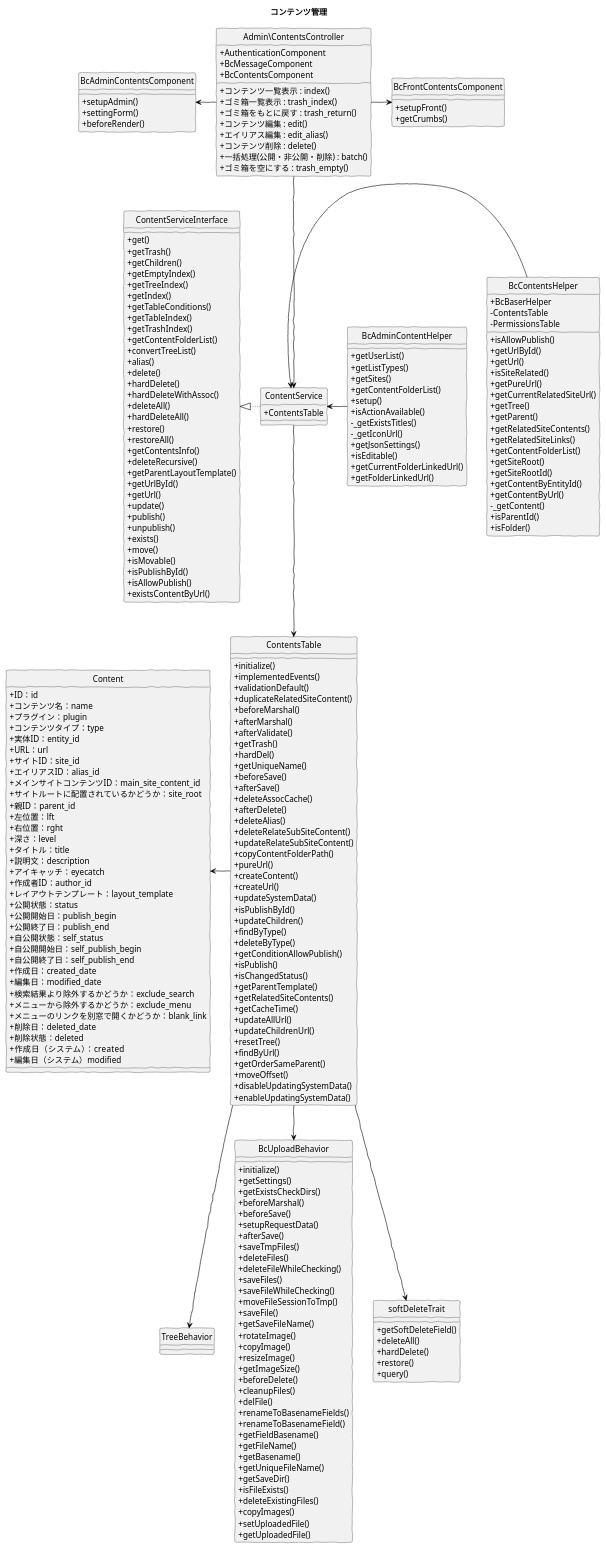
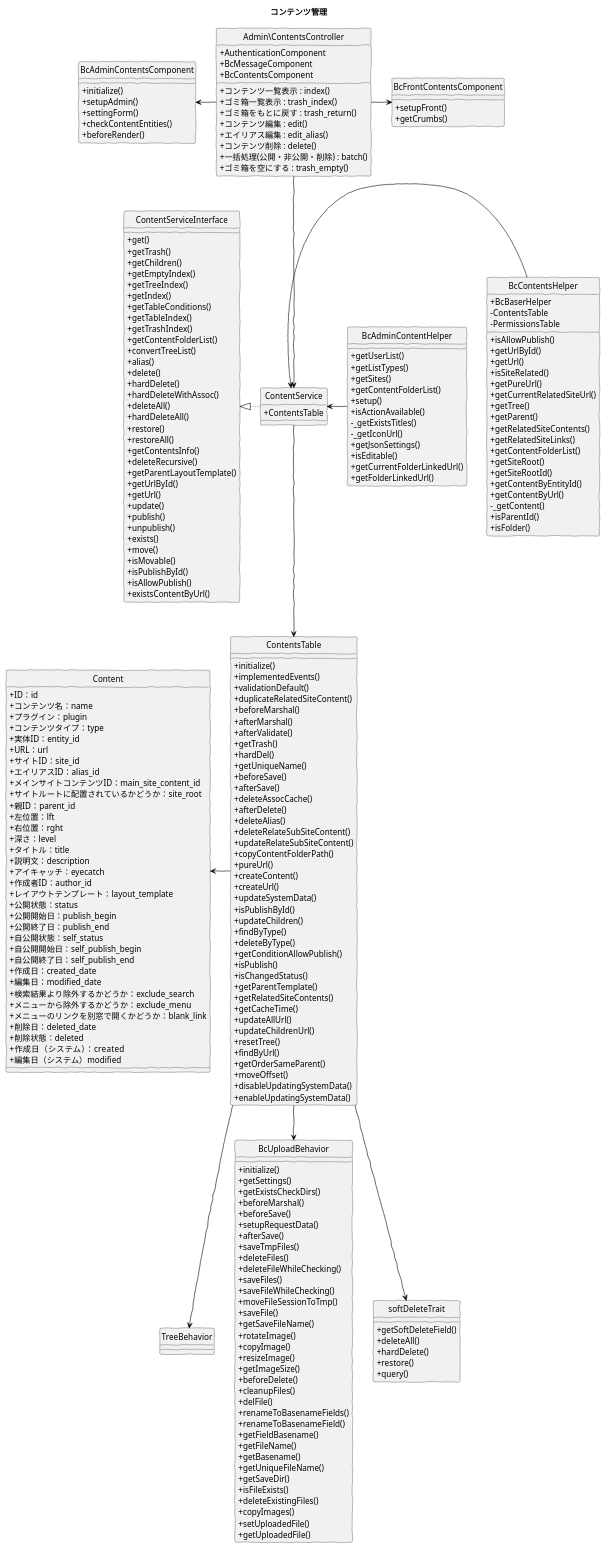
One commit to baserproject/baserproject.github.io changed the diagram in src/puml/5/ucmitz/class/manage_contents.puml. Above: the diagram before and after it, drawn with PlantUML. The commit also changed 5 other files, not shown here.

```diff
--- a/src/puml/5/ucmitz/class/manage_contents.puml
+++ b/src/puml/5/ucmitz/class/manage_contents.puml
@@ -20,8 +20,10 @@
 }
 
 class BcAdminContentsComponent {
+  + initialize()
   + setupAdmin()
   + settingForm()
+  + checkContentEntities()
   + beforeRender()
 }
 
```
